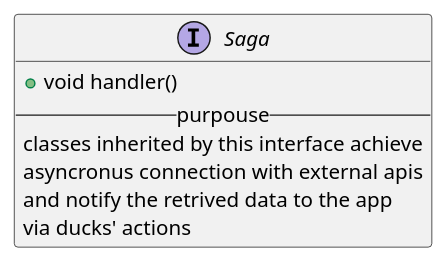
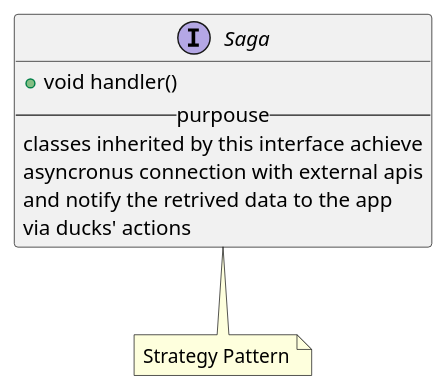
Before and after one commit to M9k/Marvin-Uml: the diagram in redux/interfaces/saga.iuml, drawn with PlantUML. The commit also changed 3 other files, not shown here.

```diff
--- a/redux/interfaces/saga.iuml
+++ b/redux/interfaces/saga.iuml
@@ -1,8 +1,11 @@
 interface Saga{
   + void handler()
   -- purpouse --
   classes inherited by this interface achieve
   asyncronus connection with external apis
   and notify the retrived data to the app
   via ducks' actions
 }
+note bottom of Saga
+ Strategy Pattern
+end note
```
